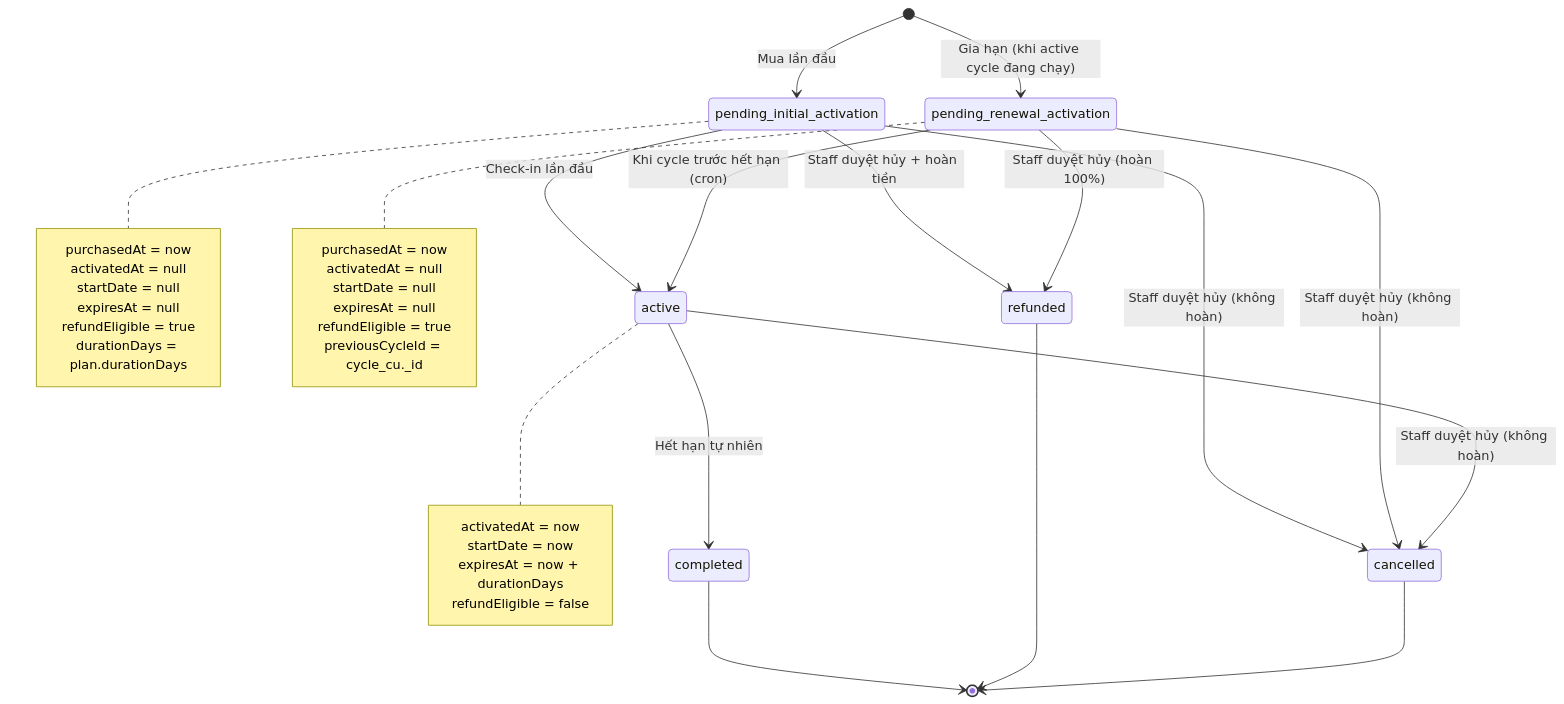
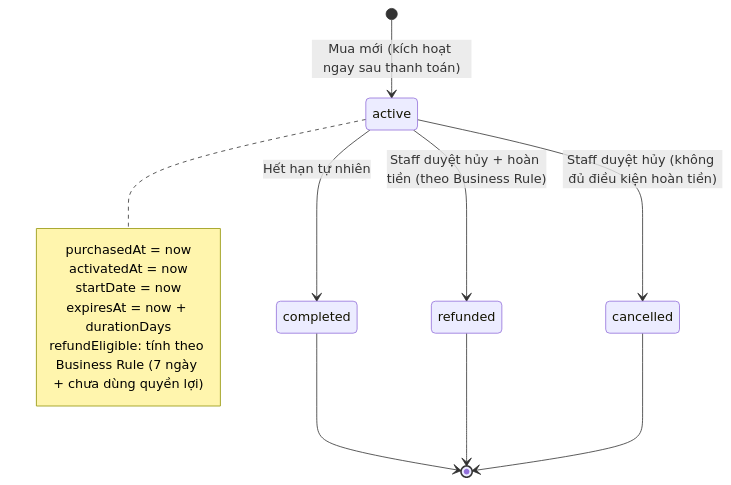
Before and after one commit to quyen-dx/gymsystem: the third of 9 diagrams in docs/MEMBERSHIP_SYSTEM_ARCHITECTURE.md, drawn with Mermaid. The commit also changed other lines of this file and 148 other files, not shown here.

````diff
--- a/docs/MEMBERSHIP_SYSTEM_ARCHITECTURE.md
+++ b/docs/MEMBERSHIP_SYSTEM_ARCHITECTURE.md
@@ -138,45 +160,20 @@
 ```mermaid
 stateDiagram-v2
-    [*] --> pending_initial_activation : Mua lần đầu
-    [*] --> pending_renewal_activation : Gia hạn (khi active cycle đang chạy)
-
-    pending_initial_activation --> active : Check-in lần đầu
-    pending_initial_activation --> refunded : Staff duyệt hủy + hoàn tiền
-    pending_initial_activation --> cancelled : Staff duyệt hủy (không hoàn)
-
-    pending_renewal_activation --> active : Khi cycle trước hết hạn (cron)
-    pending_renewal_activation --> refunded : Staff duyệt hủy (hoàn 100%)
-    pending_renewal_activation --> cancelled : Staff duyệt hủy (không hoàn)
+    [*] --> active : Mua mới (kích hoạt ngay sau thanh toán)
 
     active --> completed : Hết hạn tự nhiên
-    active --> cancelled : Staff duyệt hủy (không hoàn)
+    active --> cancelled : Staff duyệt hủy (không đủ điều kiện hoàn tiền)
+    active --> refunded : Staff duyệt hủy + hoàn tiền (theo Business Rule)
 
     completed --> [*]
     refunded --> [*]
     cancelled --> [*]
 
-    note right of pending_initial_activation
+    note right of active
         purchasedAt = now
-        activatedAt = null
-        startDate = null
-        expiresAt = null
-        refundEligible = true
-        durationDays = plan.durationDays
-    end note
-
-    note right of active
         activatedAt = now
         startDate = now
         expiresAt = now + durationDays
-        refundEligible = false
-    end note
-
-    note right of pending_renewal_activation
-        purchasedAt = now
-        activatedAt = null
-        startDate = null
-        expiresAt = null
-        refundEligible = true
-        previousCycleId = cycle_cu._id
+        refundEligible: tính theo Business Rule (7 ngày + chưa dùng quyền lợi)
     end note
 ```
````
